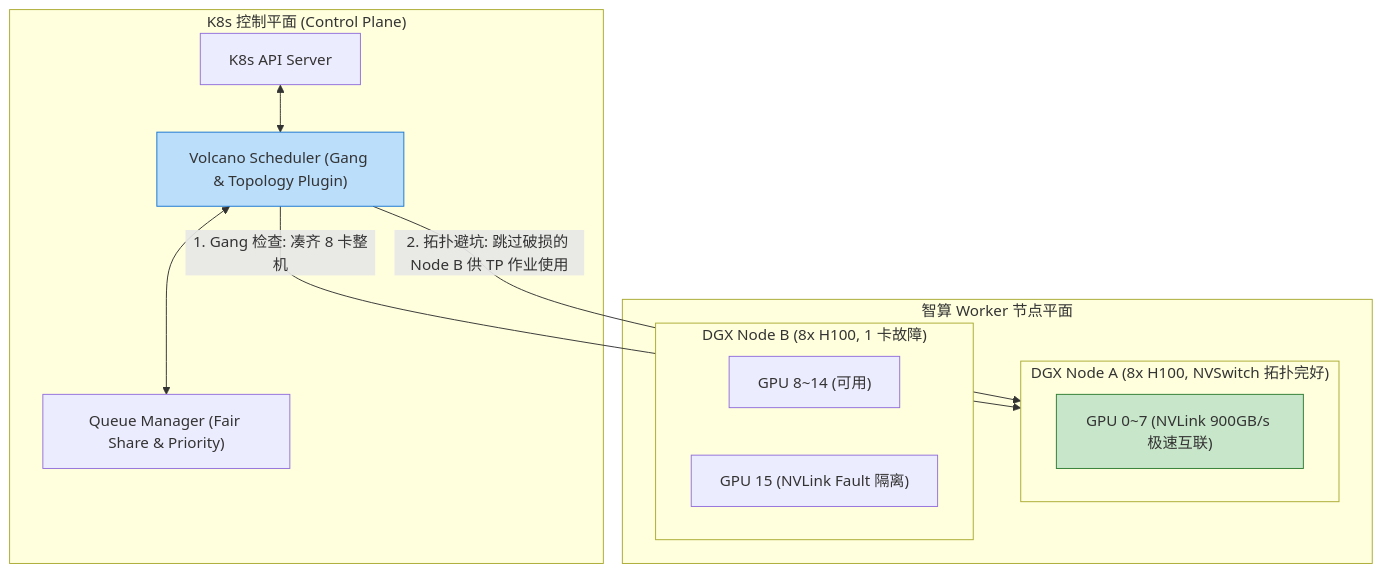
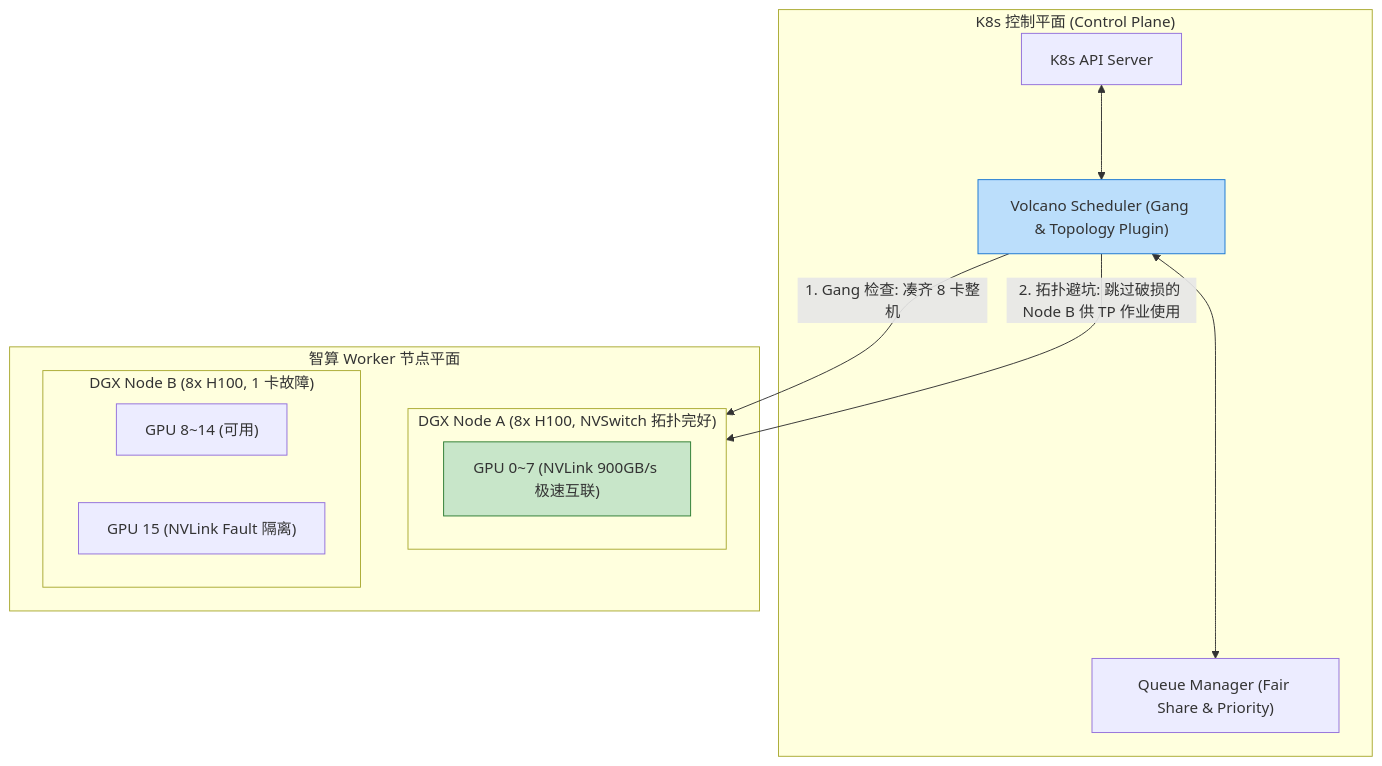
Before and after one commit to koosai/AI-Architect-Learning: the fourth of 6 diagrams in docs/atlas/gpu-cluster-scheduling.mdx, drawn with Mermaid. The commit also changed other lines of this file and 68 other files, not shown here.

Commit message:
fix(atlas): fix browser client-side Mermaid rendering for mindmaps and flowcharts across 67 case studies

````diff
--- a/docs/atlas/gpu-cluster-scheduling.mdx
+++ b/docs/atlas/gpu-cluster-scheduling.mdx
@@ -122,28 +122,28 @@
 ```mermaid
 graph TB
   subgraph K8sControlPlane["K8s 控制平面 (Control Plane)"]
     APIServer["K8s API Server"]
     VolcanoScheduler["Volcano Scheduler (Gang & Topology Plugin)"]
     QueueManager["Queue Manager (Fair Share & Priority)"]
   end
 
   subgraph WorkerClusterPlane["智算 Worker 节点平面"]
     subgraph NodeA["DGX Node A (8x H100, NVSwitch 拓扑完好)"]
       GPU0_7["GPU 0~7 (NVLink 900GB/s 极速互联)"]
     end
     
     subgraph NodeB["DGX Node B (8x H100, 1 卡故障)"]
       GPU8_14["GPU 8~14 (可用)"]
       DegradedGPU["GPU 15 (NVLink Fault 隔离)"]
     end
   end
 
-  APIServer <--> VolcanoScheduler
-  VolcanoScheduler <--> QueueManager
+  APIServer <---> VolcanoScheduler
+  VolcanoScheduler <---> QueueManager
   
   VolcanoScheduler -- "1. Gang 检查: 凑齐 8 卡整机" --> NodeA
   VolcanoScheduler -- "2. 拓扑避坑: 跳过破损的 Node B 供 TP 作业使用" --> NodeA
 
   style VolcanoScheduler fill:#bbdefb,stroke:#1976d2
   style GPU0_7 fill:#c8e6c9,stroke:#2e7d32
 ```
````
